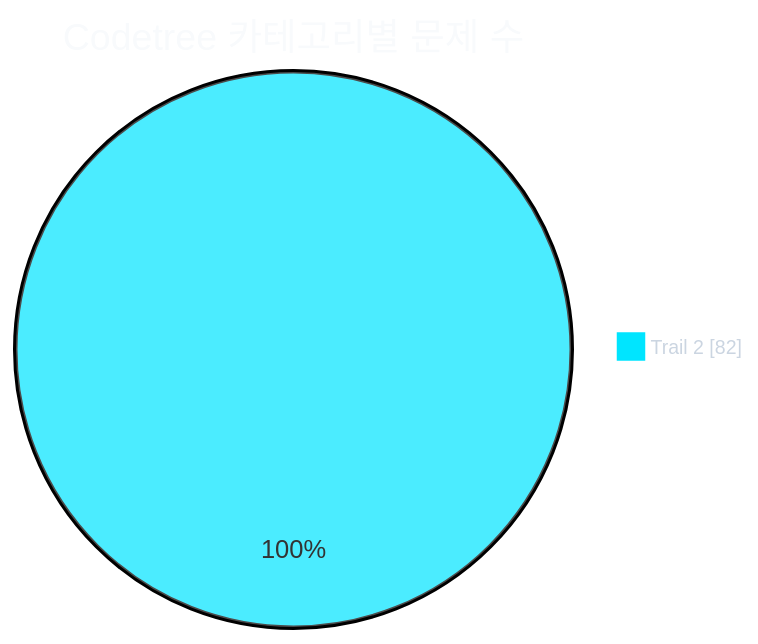
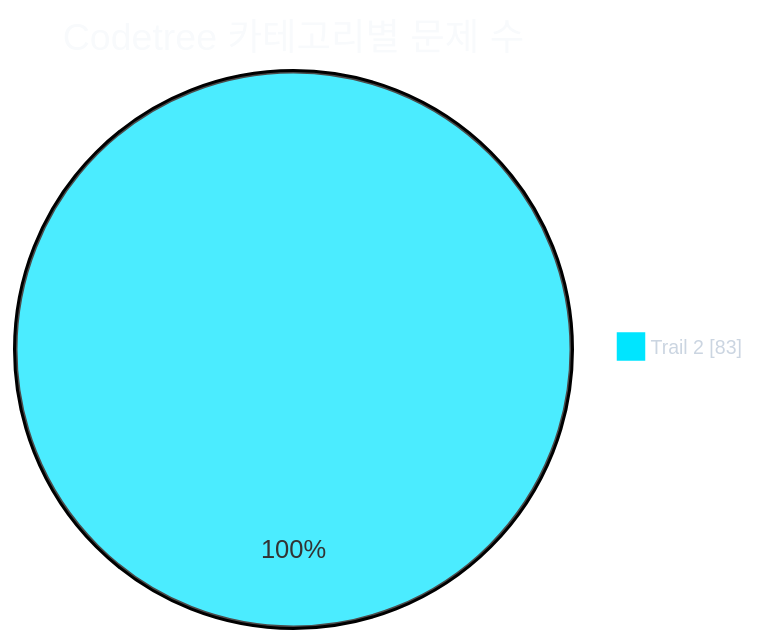
Before and after one commit to CHOOSLA/Algorithm: the first of 2 diagrams in readme.md, drawn with Mermaid. The commit also changed other lines of this file and 2 other files, not shown here.

````diff
--- a/readme.md
+++ b/readme.md
@@ -31,21 +31,21 @@
 ```mermaid
 ---
 config:
   theme: base
   themeVariables:
     background: '#0d1117'
     pieTitleTextColor: '#f8fafc'
     pieLegendTextColor: '#cbd5e1'
     pieLegendTextSize: '13px'
     pie1: '#00e5ff'
     pie2: '#22c55e'
     pie3: '#f59e0b'
     pie4: '#a855f7'
     pie5: '#ec4899'
     pie6: '#3b82f6'
     pie7: '#64748b'
 ---
 pie showData
   title Codetree 카테고리별 문제 수
-  "Trail 2" : 82
+  "Trail 2" : 83
 ```
````
